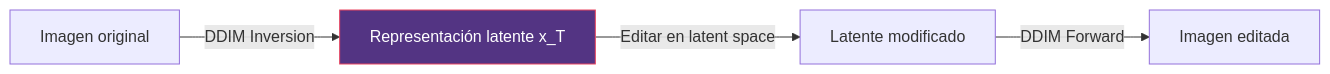
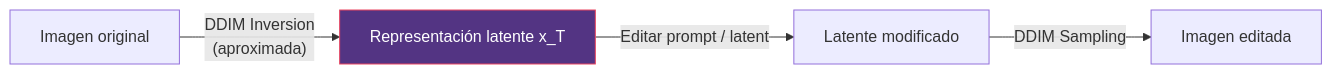
Before and after one commit to DavidDevGt/DifusionReal: the second of 3 diagrams in 03-ddim/README.md, drawn with Mermaid. The commit also changed other lines of this file, not shown here.

````diff
--- a/03-ddim/README.md
+++ b/03-ddim/README.md
@@ -157,8 +244,8 @@
 ```mermaid
 graph LR
-    IMG["Imagen original"] -->|"DDIM Inversion"| LATENT["Representación latente x_T"]
-    LATENT -->|"Editar en latent space"| LATENT2["Latente modificado"]
-    LATENT2 -->|"DDIM Forward"| EDITED["Imagen editada"]
+    IMG["Imagen original"] -->|"DDIM Inversion<br/>(aproximada)"| LATENT["Representación latente x_T"]
+    LATENT -->|"Editar prompt / latent"| LATENT2["Latente modificado"]
+    LATENT2 -->|"DDIM Sampling"| EDITED["Imagen editada"]
 
     style LATENT fill:#533483,stroke:#e94560,color:#fff
 ```
````
